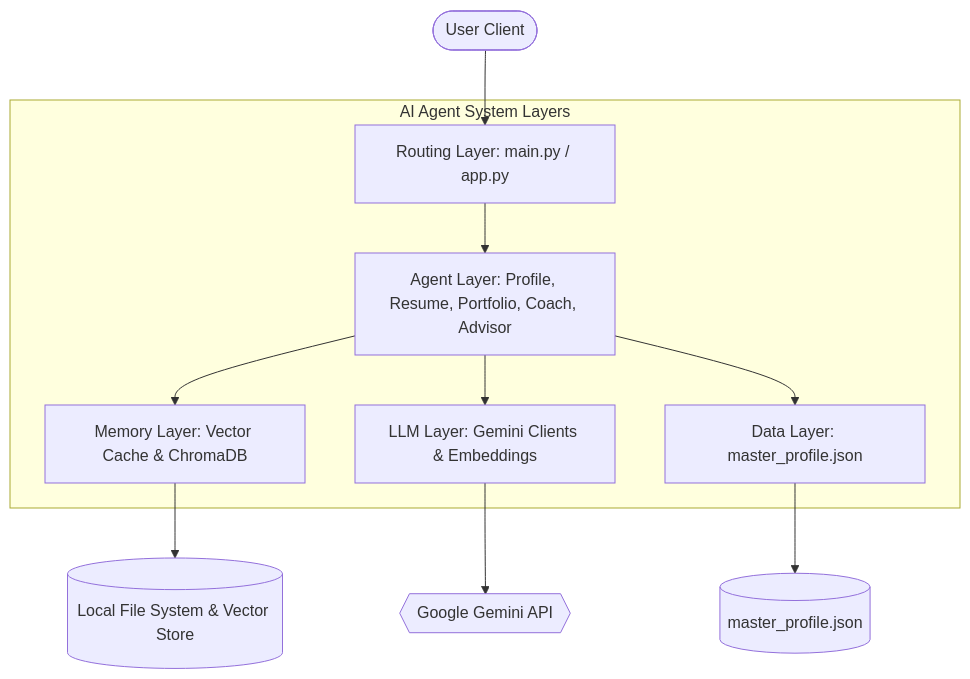
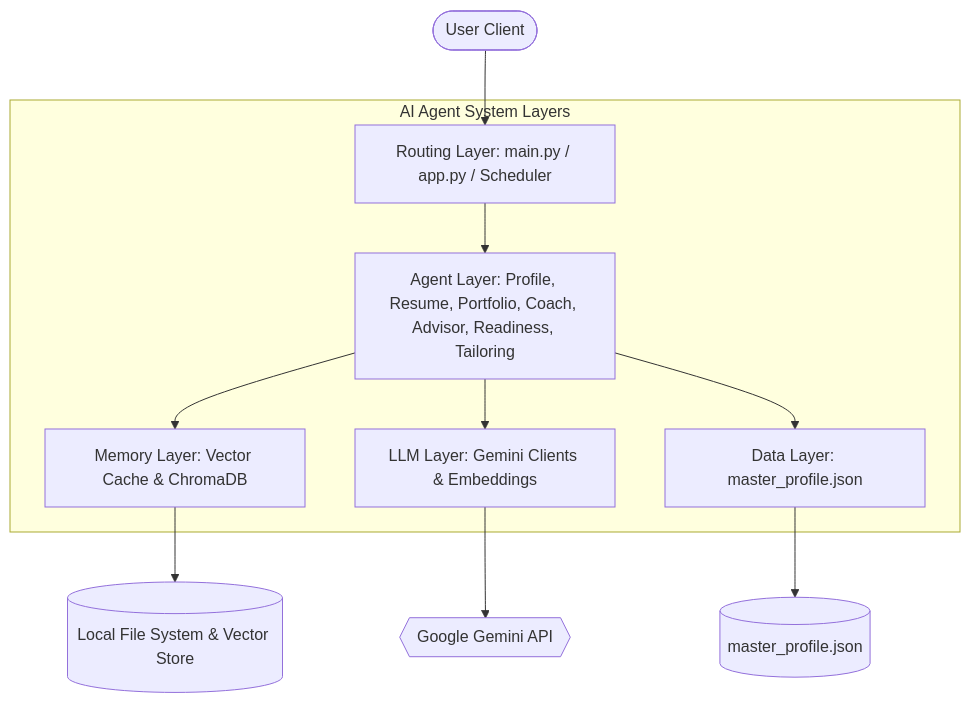
The diagram in docs/architecture.md (AD700-cam/agentjober), drawn with Mermaid before and after one commit. The commit also changed other lines of this file and 12 other files, not shown here.

Commit message:
Implement v1.1 job intelligence and resume tailoring pipeline

````diff
--- a/docs/architecture.md
+++ b/docs/architecture.md
@@ -11,15 +11,15 @@
 ```mermaid
 graph TD
-    User([User Client]) --> RoutingLayer[Routing Layer: main.py / app.py]
+    User([User Client]) --> RoutingLayer[Routing Layer: main.py / app.py / Scheduler]
     
     subgraph SystemLayers [AI Agent System Layers]
-        RoutingLayer --> AgentLayer[Agent Layer: Profile, Resume, Portfolio, Coach, Advisor]
+        RoutingLayer --> AgentLayer[Agent Layer: Profile, Resume, Portfolio, Coach, Advisor, Readiness, Tailoring]
         AgentLayer --> MemoryLayer[Memory Layer: Vector Cache & ChromaDB]
         AgentLayer --> LLMLayer[LLM Layer: Gemini Clients & Embeddings]
         AgentLayer --> DataLayer[Data Layer: master_profile.json]
     end
 
     LLMLayer --> GoogleGemini{{Google Gemini API}}
     MemoryLayer --> LocalStore[(Local File System & Vector Store)]
     DataLayer --> JSONStore[(master_profile.json)]
 ```
````
